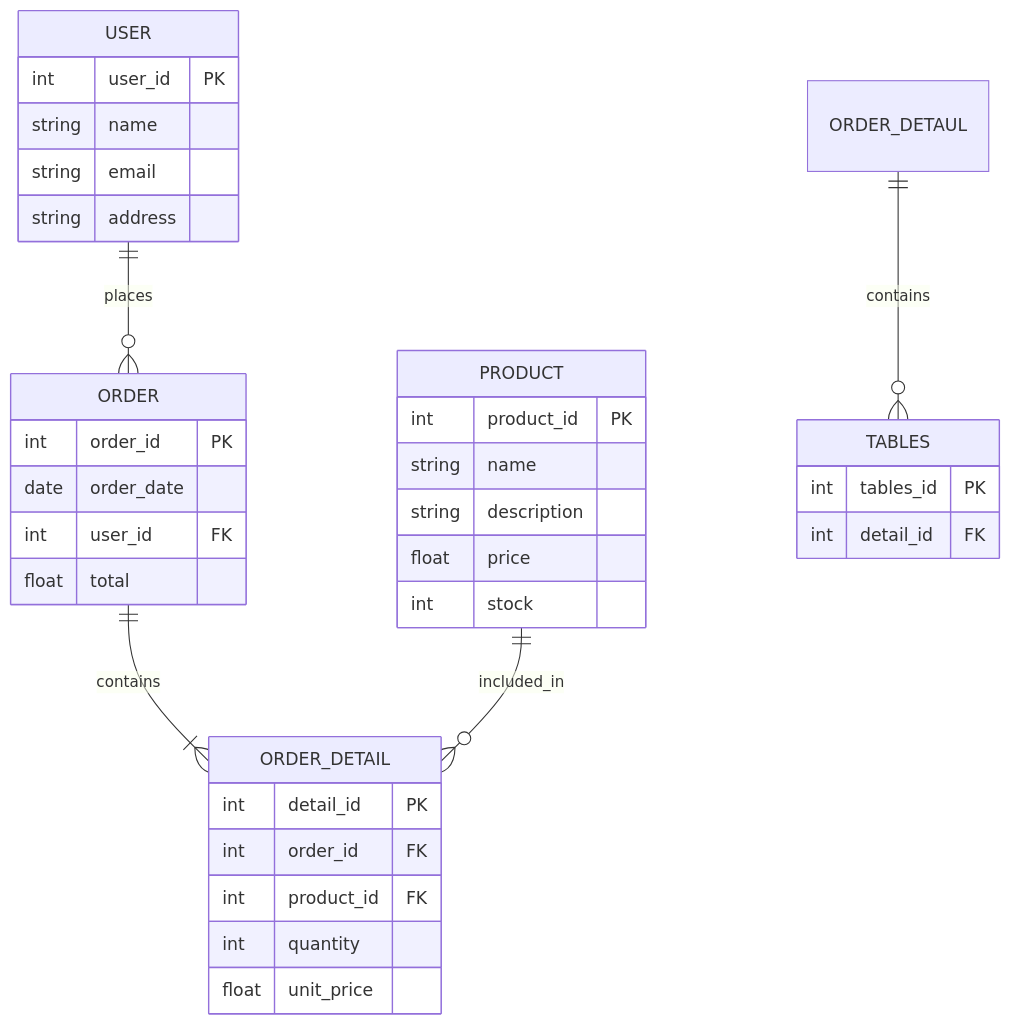
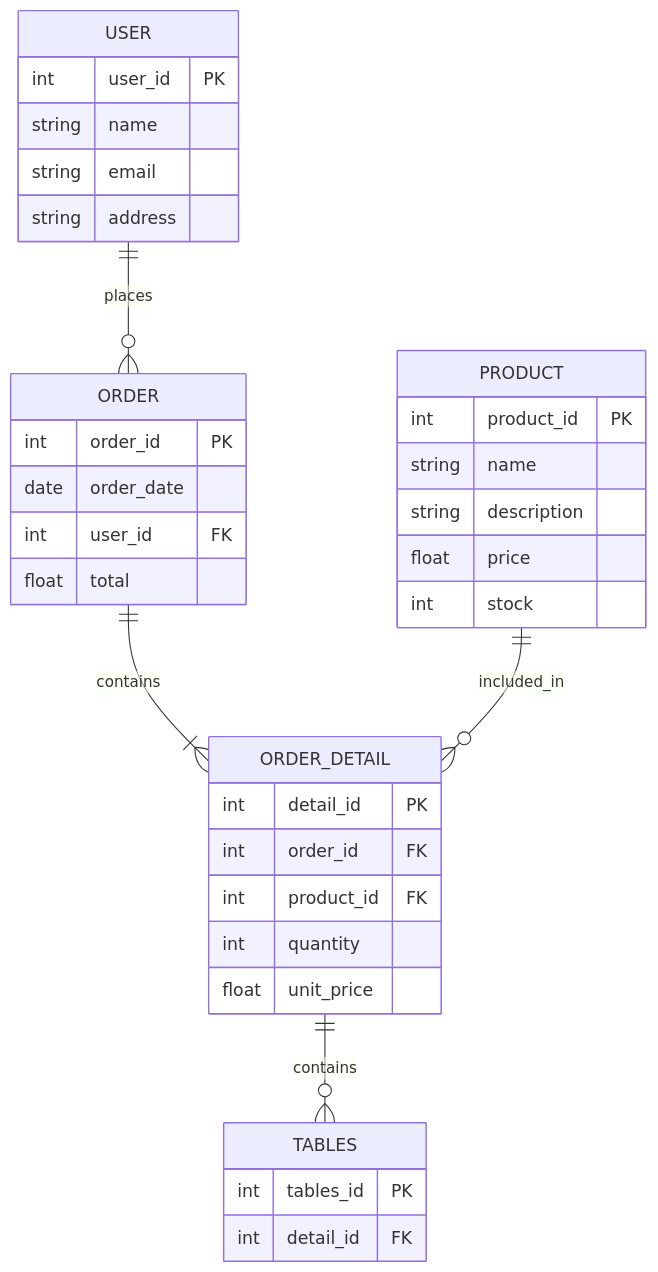
Before and after one commit to AndersonVazquezDelaluz/cbtis47-db-project-salchichasparrita-2026: the diagram in docs/erd_diagram.mmd, drawn with Mermaid.

```diff
--- a/docs/erd_diagram.mmd
+++ b/docs/erd_diagram.mmd
@@ -1,36 +1,36 @@
 erDiagram
     USER ||--o{ ORDER : "places"
     ORDER ||--|{ ORDER_DETAIL : "contains"
     PRODUCT ||--o{ ORDER_DETAIL : "included_in"
-    ORDER_DETAUL ||--o{ TABLES : "contains"
+    ORDER_DETAIL ||--o{ TABLES : "contains"
 
     USER {
         int user_id PK
         string name
         string email
         string address
     }
     ORDER {
         int order_id PK
         date order_date
         int user_id FK
         float total
     }
     ORDER_DETAIL {
         int detail_id PK
         int order_id FK
         int product_id FK
         int quantity
         float unit_price
     }
     PRODUCT {
         int product_id PK
         string name
         string description
         float price
         int stock
     }
     TABLES{
         int tables_id PK
         int detail_id FK
     }
```
